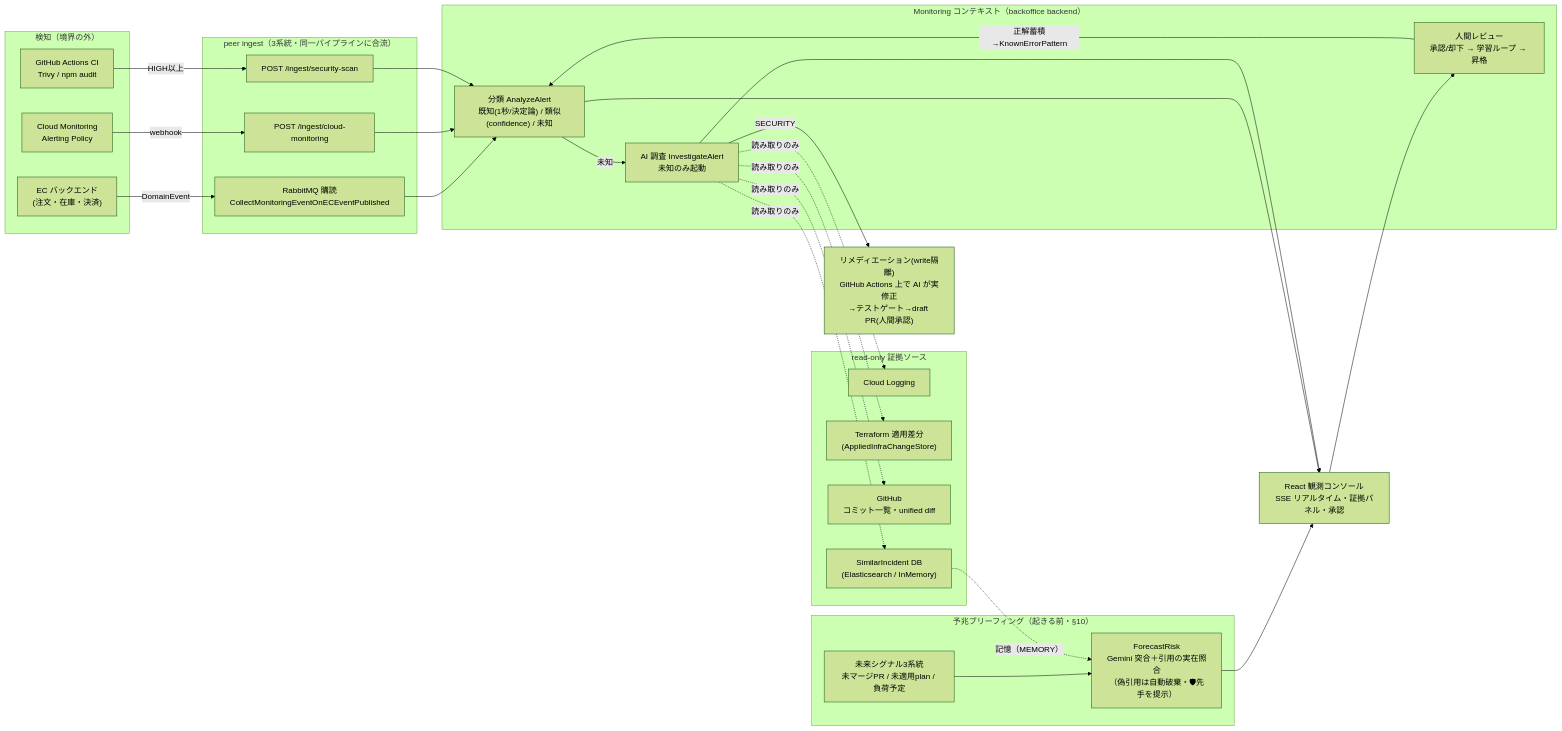
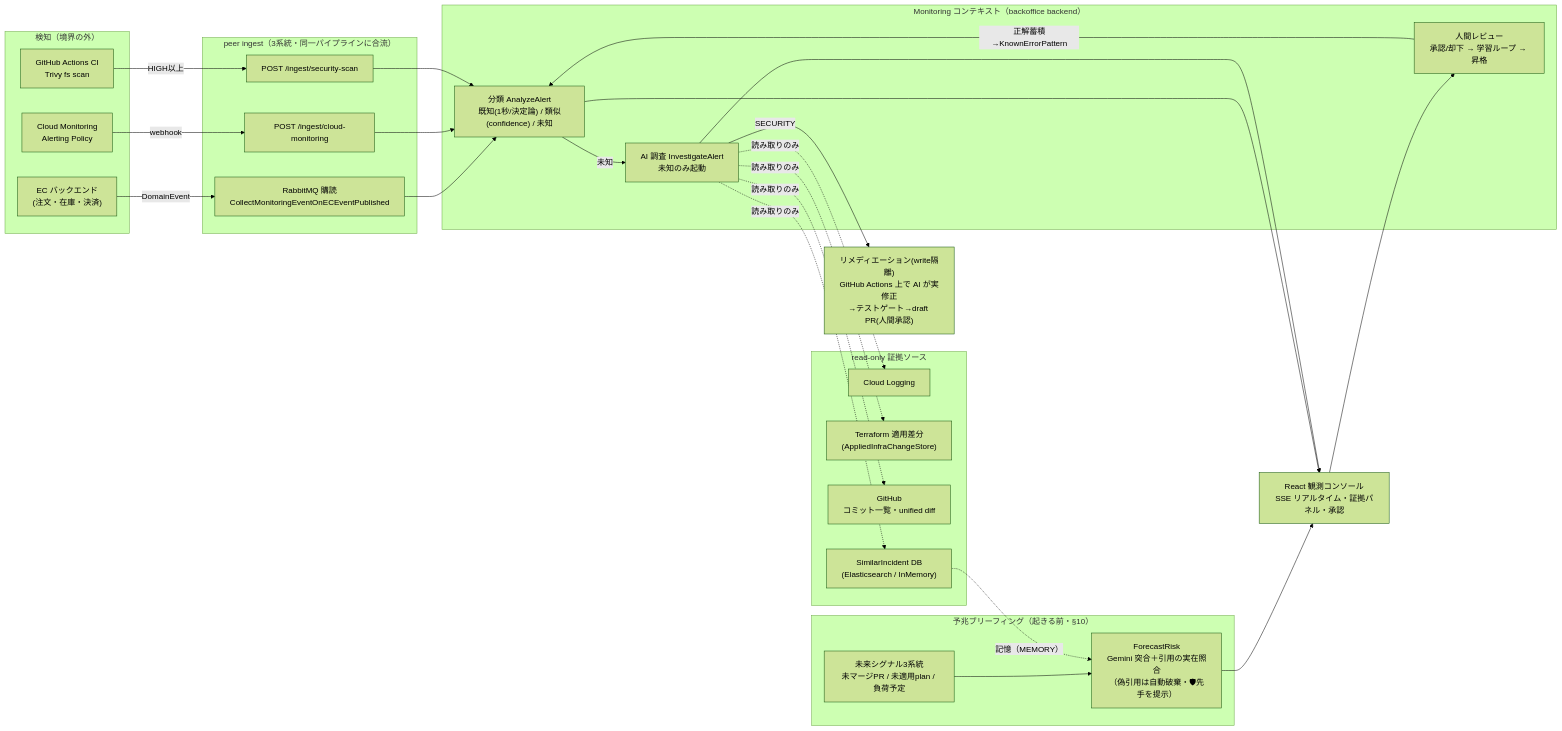
Before and after one commit to nagoyamanaka/ec-monitoring-agent: the first of 6 diagrams in docs/architecture.md, drawn with Mermaid (forest theme). The commit also changed other lines of this file and 2 other files, not shown here.

````diff
--- a/docs/architecture.md
+++ b/docs/architecture.md
@@ -11,51 +11,51 @@
 ```mermaid
 flowchart LR
   subgraph detect["検知（境界の外）"]
     EC["EC バックエンド<br/>(注文・在庫・決済)"]
     CM["Cloud Monitoring<br/>Alerting Policy"]
-    CI["GitHub Actions CI<br/>Trivy / npm audit"]
+    CI["GitHub Actions CI<br/>Trivy fs scan"]
   end
 
   subgraph ingest["peer ingest（3系統・同一パイプラインに合流）"]
     SUB["RabbitMQ 購読<br/>CollectMonitoringEventOnECEventPublished"]
     ICM["POST /ingest/cloud-monitoring"]
     ISS["POST /ingest/security-scan"]
   end
 
   subgraph mon["Monitoring コンテキスト（backoffice backend）"]
     CLS["分類 AnalyzeAlert<br/>既知(1秒/決定論) / 類似(confidence) / 未知"]
     INV["AI 調査 InvestigateAlert<br/>未知のみ起動"]
     FB["人間レビュー<br/>承認/却下 → 学習ループ → 昇格"]
   end
 
   subgraph evidence["read-only 証拠ソース"]
     CL["Cloud Logging"]
     TF["Terraform 適用差分<br/>(AppliedInfraChangeStore)"]
     GH["GitHub<br/>コミット一覧・unified diff"]
     SI["SimilarIncident DB<br/>(Elasticsearch / InMemory)"]
   end
 
   subgraph forecast["予兆ブリーフィング（起きる前・§10）"]
     FSIG["未来シグナル3系統<br/>未マージPR / 未適用plan / 負荷予定"]
     FC["ForecastRisk<br/>Gemini 突合＋引用の実在照合<br/>（偽引用は自動破棄・🛡先手を提示）"]
   end
 
   UI["React 観測コンソール<br/>SSE リアルタイム・証拠パネル・承認"]
   REM["リメディエーション(write隔離)<br/>GitHub Actions 上で AI が実修正<br/>→テストゲート→draft PR(人間承認)"]
 
   FSIG --> FC --> UI
   SI -.記憶（MEMORY）.-> FC
   EC -->|DomainEvent| SUB
   CM -->|webhook| ICM
   CI -->|"HIGH以上"| ISS
   SUB --> CLS
   ICM --> CLS
   ISS --> CLS
   CLS -->|未知| INV
   INV -.読み取りのみ.-> CL & TF & GH & SI
   CLS --> UI
   INV --> UI
   UI --> FB
   FB -->|正解蓄積→KnownErrorPattern| CLS
   INV -->|SECURITY| REM
 ```
````
